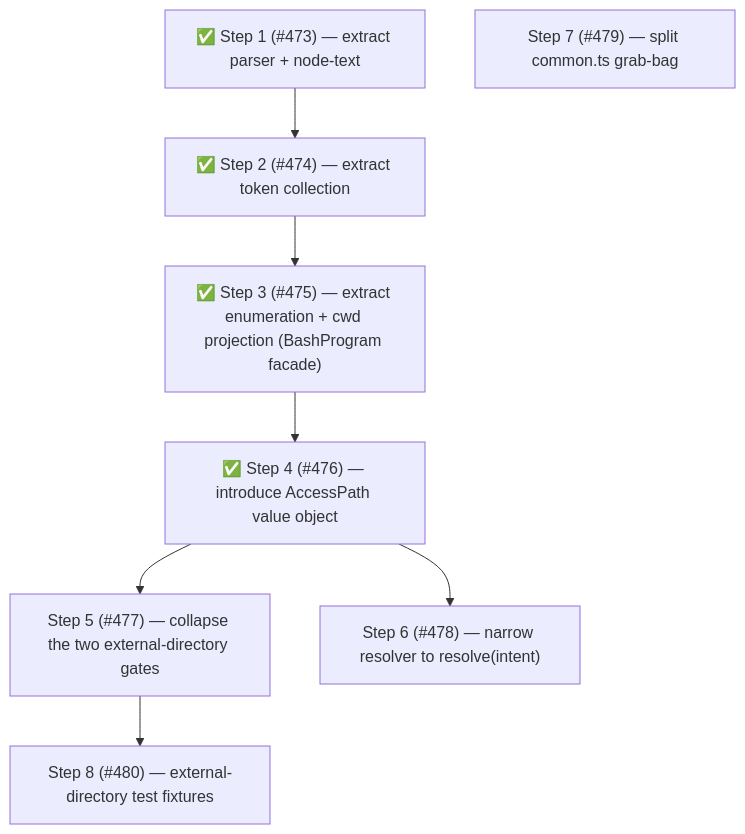
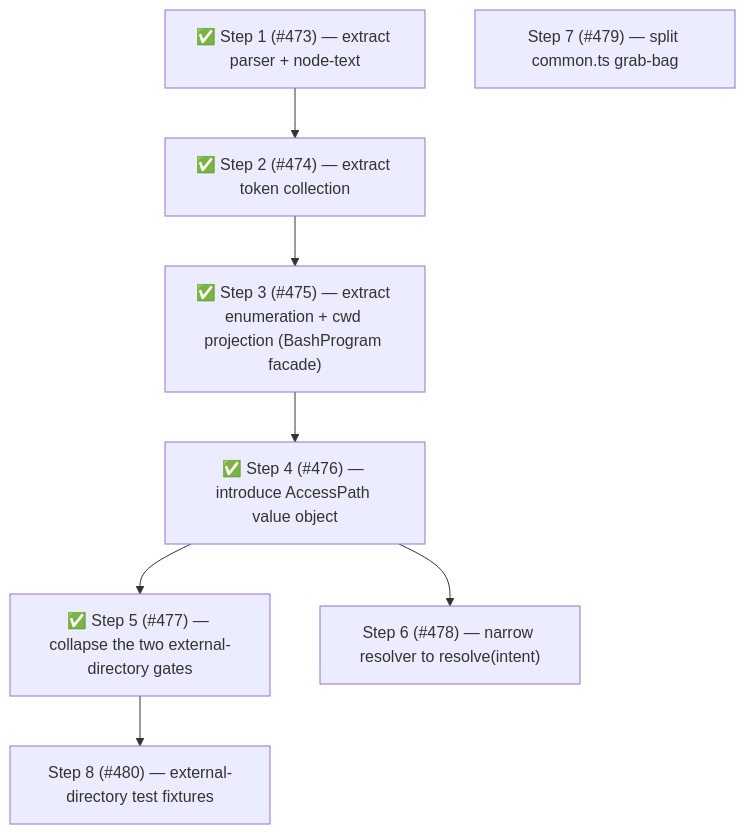
The fourth of 4 diagrams in packages/pi-permission-system/docs/architecture/architecture.md (whaoa/forked-gotgenes-pi-packages), drawn with Mermaid before and after one commit. The commit also changed other lines of this file, not shown here.

Commit message:
docs(pi-permission-system): mark Phase 6 Step 5 complete (#477)

````diff
--- a/packages/pi-permission-system/docs/architecture/architecture.md
+++ b/packages/pi-permission-system/docs/architecture/architecture.md
@@ -891,17 +892,17 @@
 ```mermaid
 flowchart TD
     S1["✅ Step 1 (#473) — extract parser + node-text"]
     S2["✅ Step 2 (#474) — extract token collection"]
     S3["✅ Step 3 (#475) — extract enumeration + cwd projection (BashProgram facade)"]
     S4["✅ Step 4 (#476) — introduce AccessPath value object"]
-    S5["Step 5 (#477) — collapse the two external-directory gates"]
+    S5["✅ Step 5 (#477) — collapse the two external-directory gates"]
     S6["Step 6 (#478) — narrow resolver to resolve(intent)"]
     S7["Step 7 (#479) — split common.ts grab-bag"]
     S8["Step 8 (#480) — external-directory test fixtures"]
 
     S1 --> S2 --> S3
     S3 --> S4
     S4 --> S5
     S4 --> S6
     S5 --> S8
 ```
````
